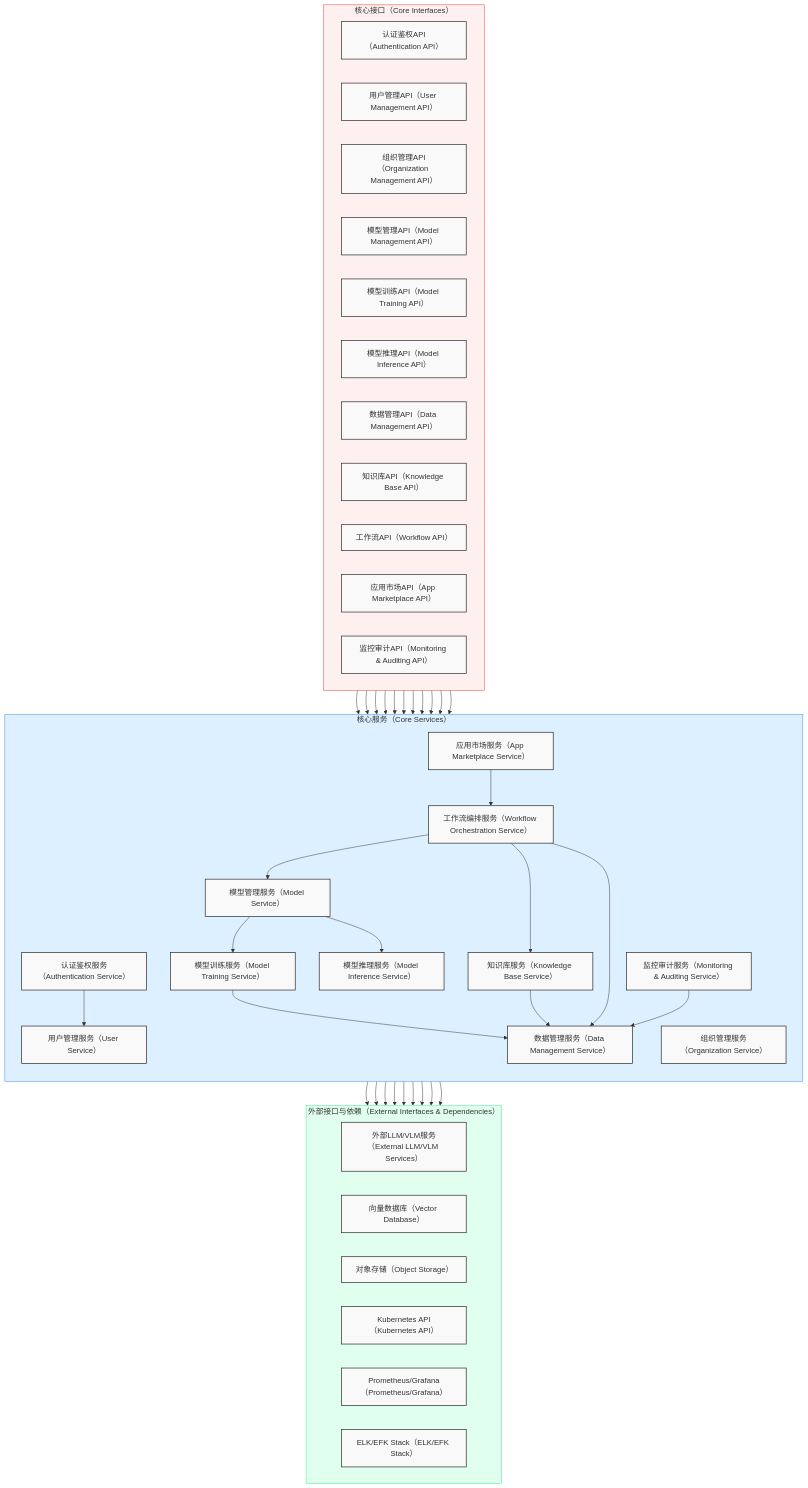
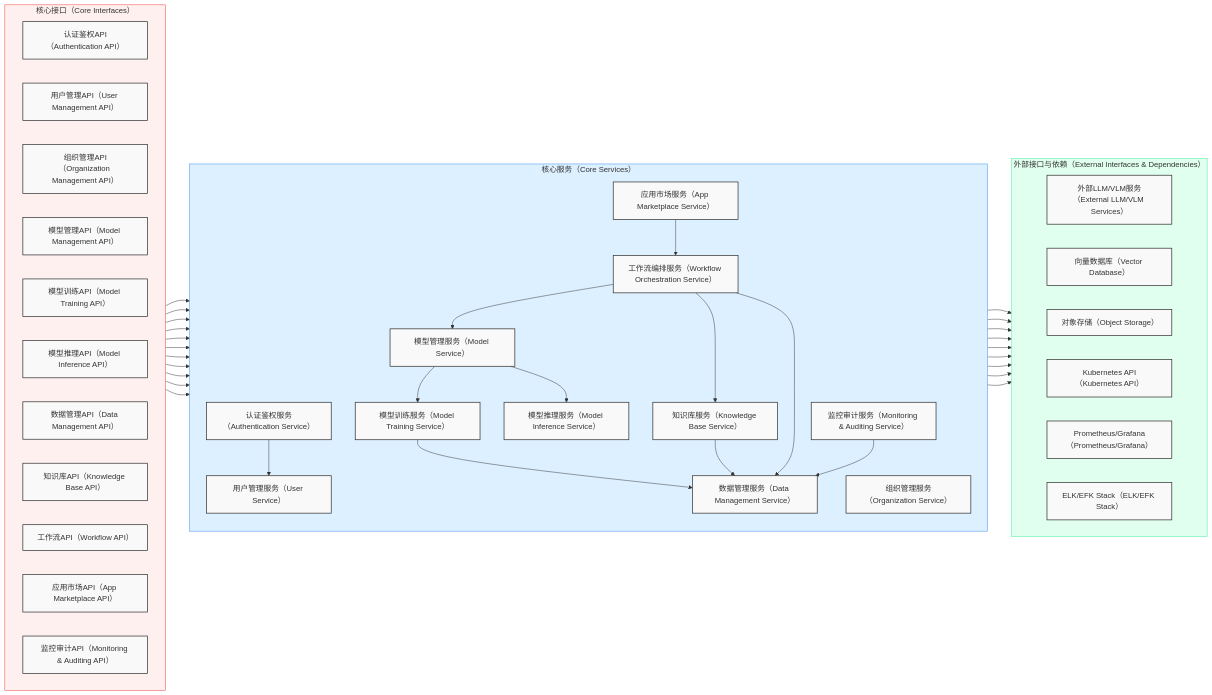
Before and after one commit to turtacn/xai-workbench: the third of 3 diagrams in docs/architecture.md, drawn with Mermaid.

Commit message:
initialize the xai-workbench project.

````diff
--- a/docs/architecture.md
+++ b/docs/architecture.md
@@ -401,5 +401,5 @@
 ```mermaid
-graph TD
+graph LR
     %% 核心接口（Core Interfaces）
     subgraph S_CORE[核心接口（Core Interfaces）]
         direction LR
````
